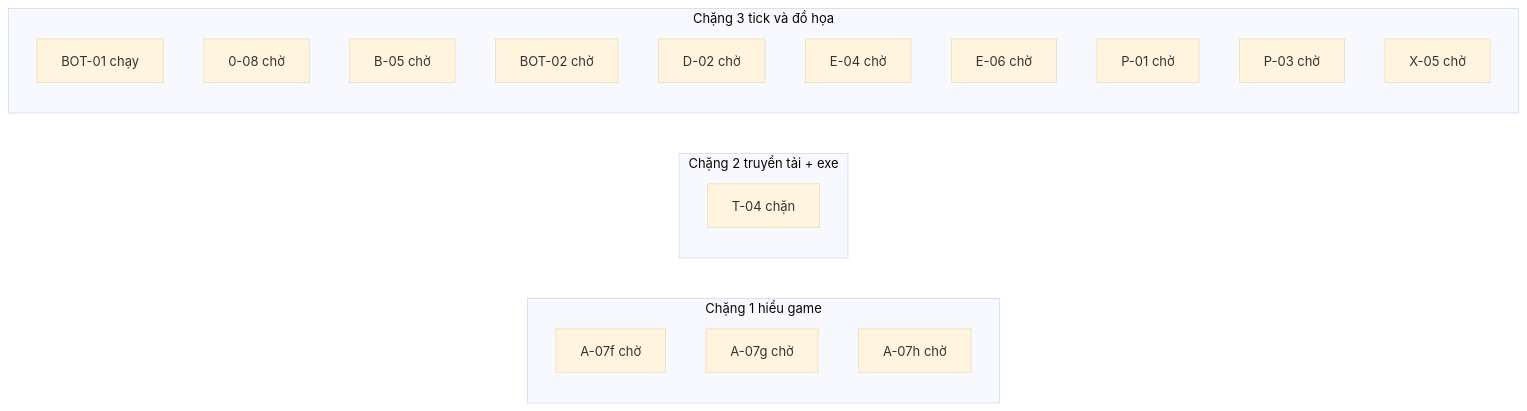
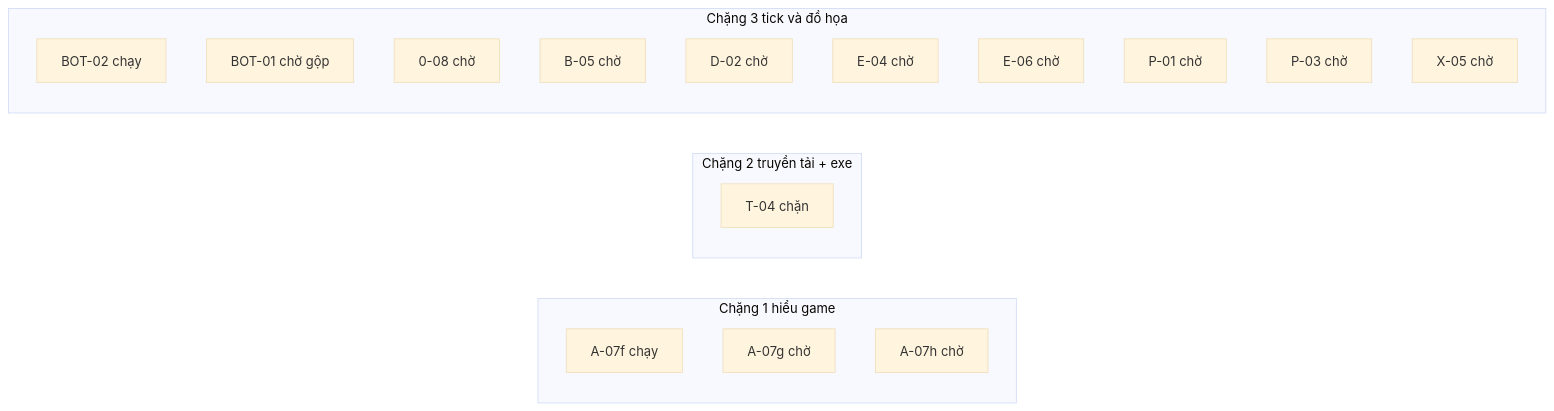
One commit to ndtangoss-dev/jx1-reports changed the diagram in JX1_OPS/STATE/TIEN-DO.md. Above: the diagram before and after it, drawn with Mermaid (base theme). The commit also changed other lines of this file and 4 other files, not shown here.

````diff
--- a/JX1_OPS/STATE/TIEN-DO.md
+++ b/JX1_OPS/STATE/TIEN-DO.md
@@ -9,23 +9,23 @@
 ```mermaid
 flowchart LR
   subgraph S1["Chặng 1 hiểu game"]
-    A_07f["A-07f chờ"]
+    A_07f["A-07f chạy"]
     A_07g["A-07g chờ"]
     A_07h["A-07h chờ"]
   end
   subgraph S2["Chặng 2 truyền tải + exe"]
     T_04["T-04 chặn"]
   end
   subgraph S3["Chặng 3 tick và đồ họa"]
-    BOT_01["BOT-01 chạy"]
+    BOT_02["BOT-02 chạy"]
+    BOT_01["BOT-01 chờ gộp"]
     0_08["0-08 chờ"]
     B_05["B-05 chờ"]
-    BOT_02["BOT-02 chờ"]
     D_02["D-02 chờ"]
     E_04["E-04 chờ"]
     E_06["E-06 chờ"]
     P_01["P-01 chờ"]
     P_03["P-03 chờ"]
     X_05["X-05 chờ"]
   end
 ```
````
